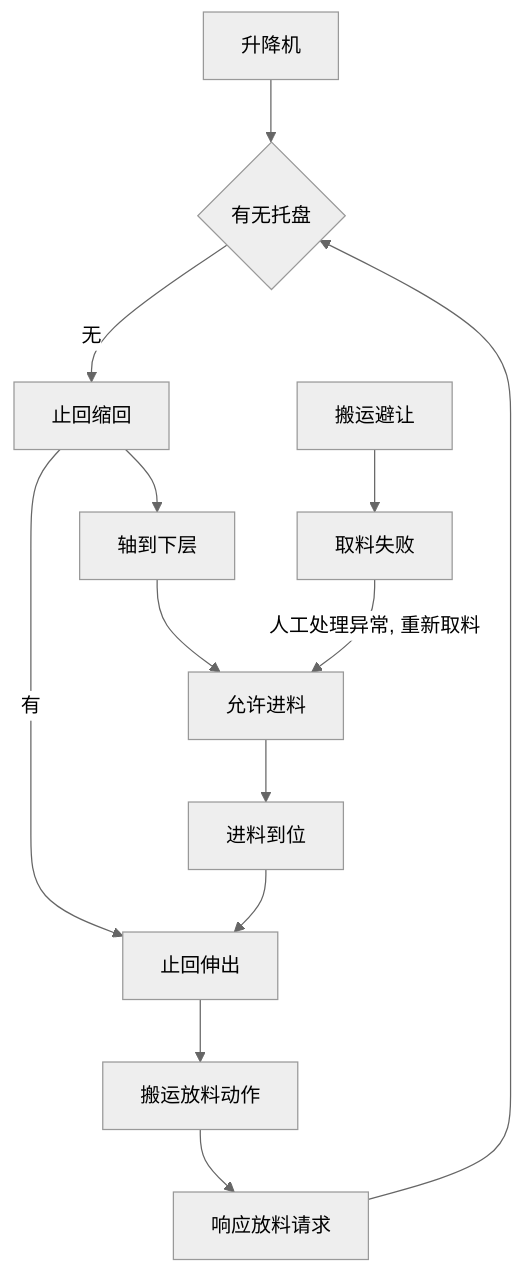
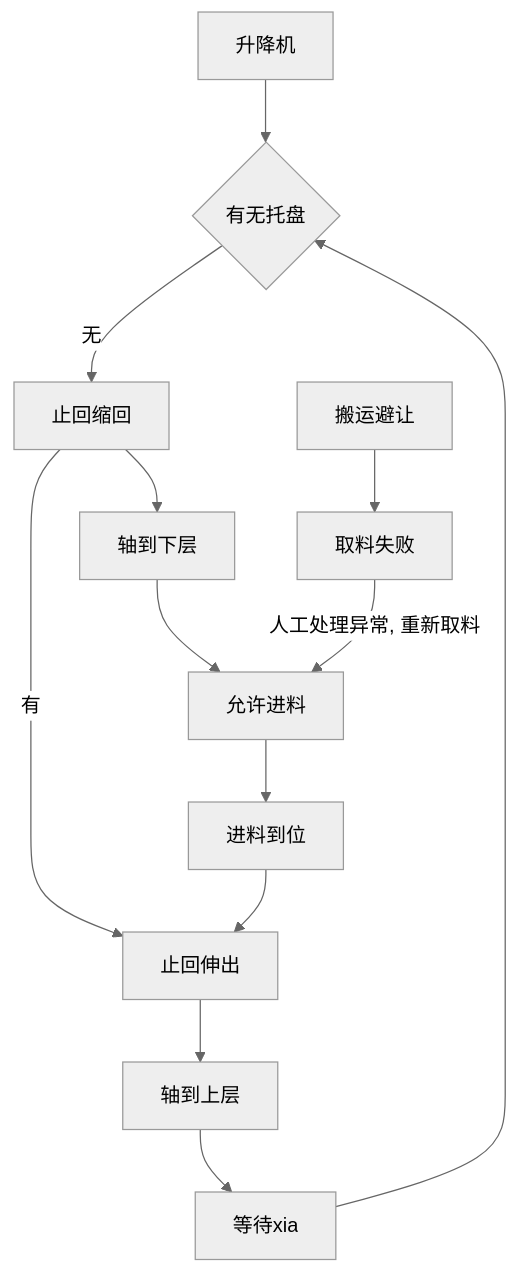
One commit to PengKun1/iodraw-files changed the diagram in all/升降台.md. Above: the diagram before and after it, drawn with Mermaid (neutral theme).

Commit message:
2024-12-23 10:20:08 update

````diff
--- a/all/升降台.md
+++ b/all/升降台.md
@@ -1,16 +1,16 @@
 ```mermaid
 graph TD
 0[升降机]-->10
 10{有无托盘}-->|无|20
 20-->|有|60
 20[止回缩回]-->30
 30[轴到下层]-->40
 40[允许进料]-->50
 50[进料到位]-->60
 60[止回伸出]-->70
-70[搬运放料动作]-->80
-80[响应放料请求]-->10
+70[轴到上层]-->80
+80[等待xia]-->10
 90[搬运避让]-->900
 
 900[取料失败]-->|人工处理异常, 重新取料|40
 ```
````
